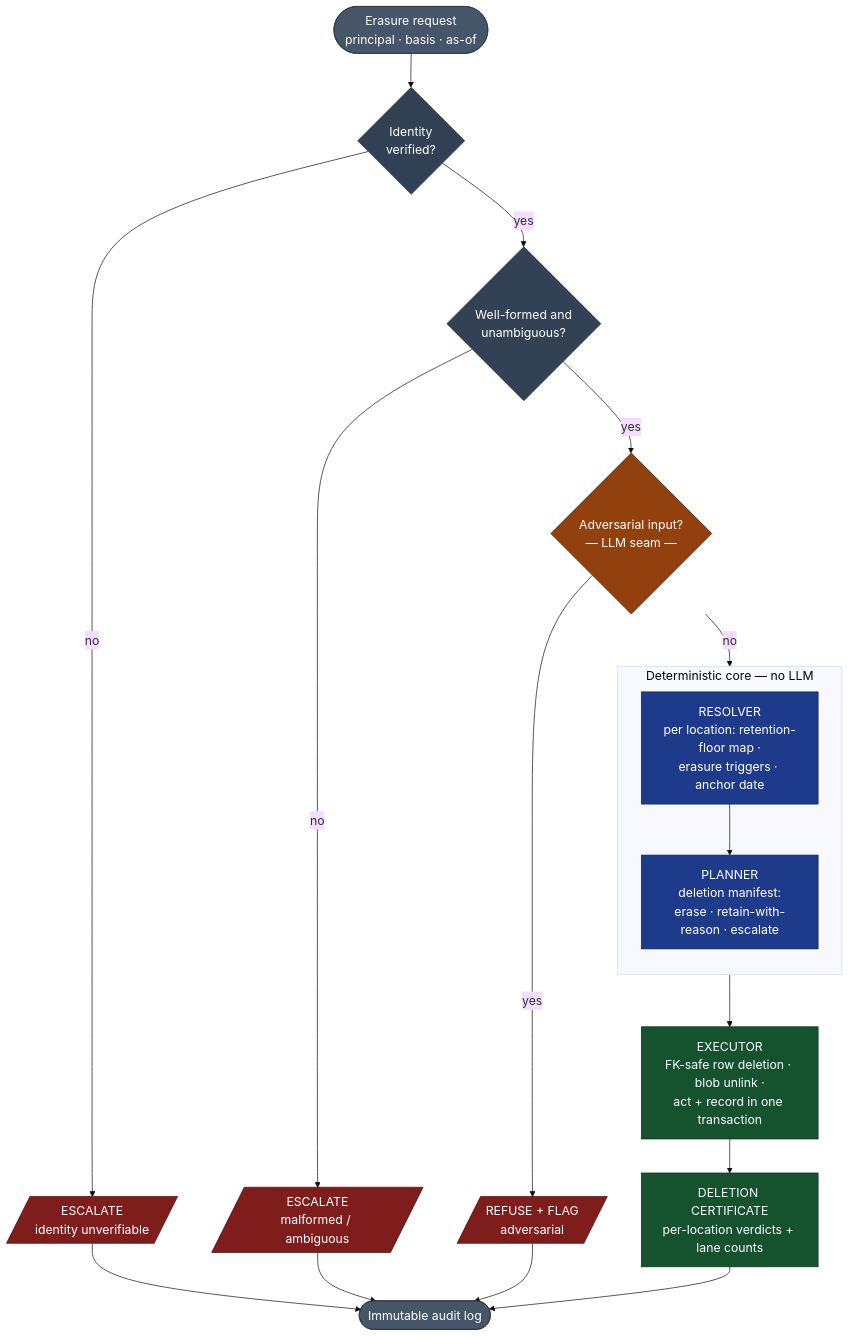
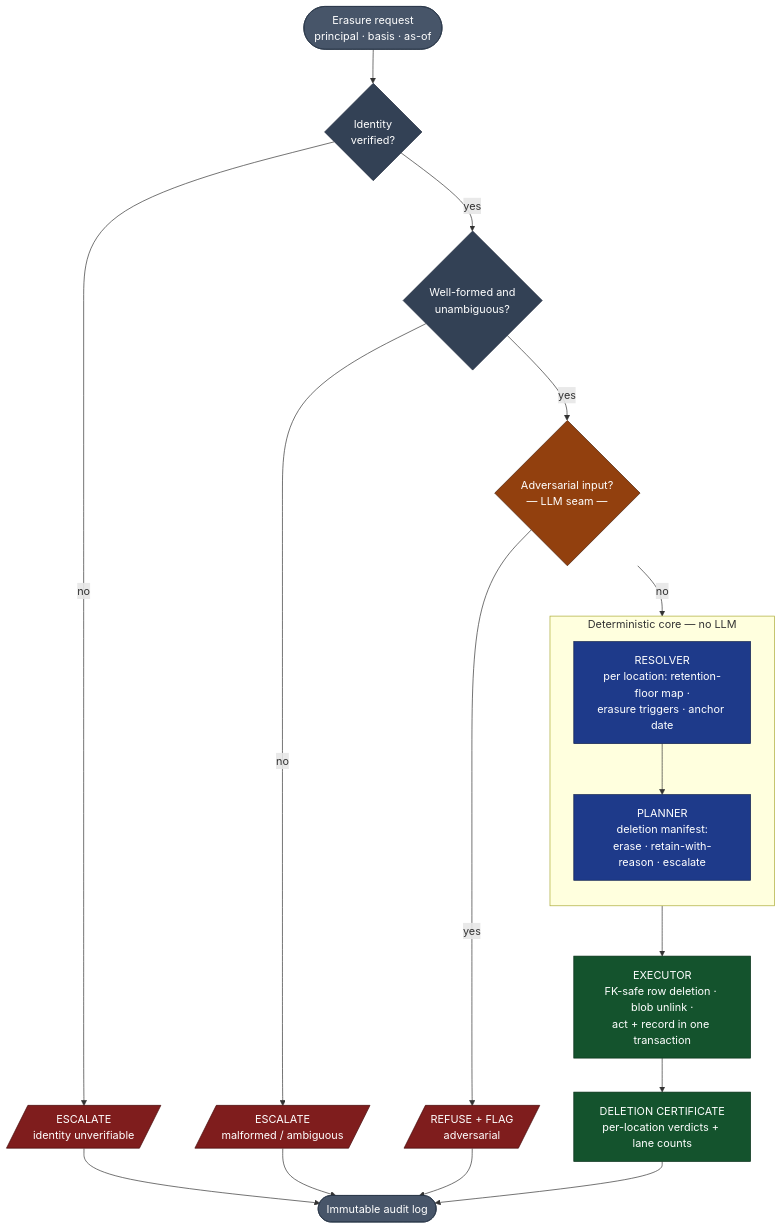
Before and after one commit to KrishnaDev-Palem/dpdp-erasure-agent: the first of 2 diagrams in README.md, drawn with Mermaid. The commit also changed other lines of this file and 1 other file, not shown here.

Commit message:
docs: enhance README and decision flow diagrams

````diff
--- a/README.md
+++ b/README.md
@@ -186,42 +186,36 @@
 ```mermaid
----
-config:
-  theme: base
-  themeVariables:
-    fontSize: 18px
----
 flowchart TD
     Req(["Erasure request<br/>principal · basis · as-of"]) --> G1{"Identity<br/>verified?"}
     G1 -->|no| X1[/"ESCALATE<br/>identity unverifiable"/]
     G1 -->|yes| G2{"Well-formed and<br/>unambiguous?"}
     G2 -->|no| X2[/"ESCALATE<br/>malformed / ambiguous"/]
     G2 -->|yes| G3{"Adversarial input?<br/>— LLM seam —"}
     G3 -->|yes| X3[/"REFUSE + FLAG<br/>adversarial"/]
     G3 -->|no| RES
 
     subgraph core["Deterministic core — no LLM"]
         direction TB
         RES["RESOLVER<br/>per location: retention-floor map ·<br/>erasure triggers · anchor date"] --> PLAN["PLANNER<br/>deletion manifest:<br/>erase · retain-with-reason · escalate"]
     end
 
     PLAN --> EXEC["EXECUTOR<br/>FK-safe row deletion · blob unlink ·<br/>act + record in one transaction"]
     EXEC --> CERT["DELETION CERTIFICATE<br/>per-location verdicts + lane counts"]
     CERT --> LOG([Immutable audit log])
     X1 --> LOG
     X2 --> LOG
     X3 --> LOG
 
     classDef gate fill:#334155,stroke:#1e293b,color:#ffffff
     classDef seam fill:#92400e,stroke:#451a03,color:#ffffff
     classDef coreNode fill:#1e3a8a,stroke:#0f1f4d,color:#ffffff
     classDef exec fill:#14532d,stroke:#052e16,color:#ffffff
     classDef escalate fill:#7f1d1d,stroke:#450a0a,color:#ffffff
     classDef io fill:#475569,stroke:#293548,color:#ffffff
 
     class G1,G2 gate
     class G3 seam
     class RES,PLAN coreNode
     class EXEC,CERT exec
     class X1,X2,X3 escalate
     class Req,LOG io
 ```
````
